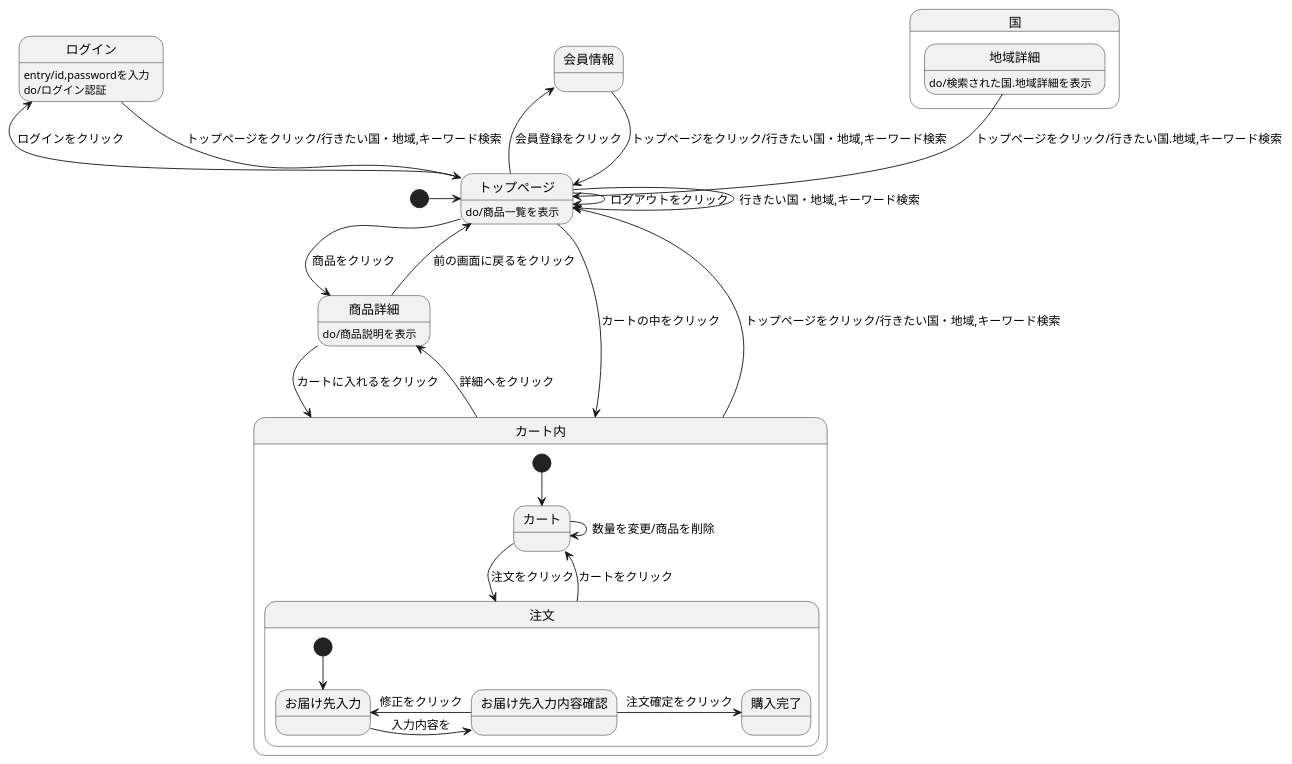
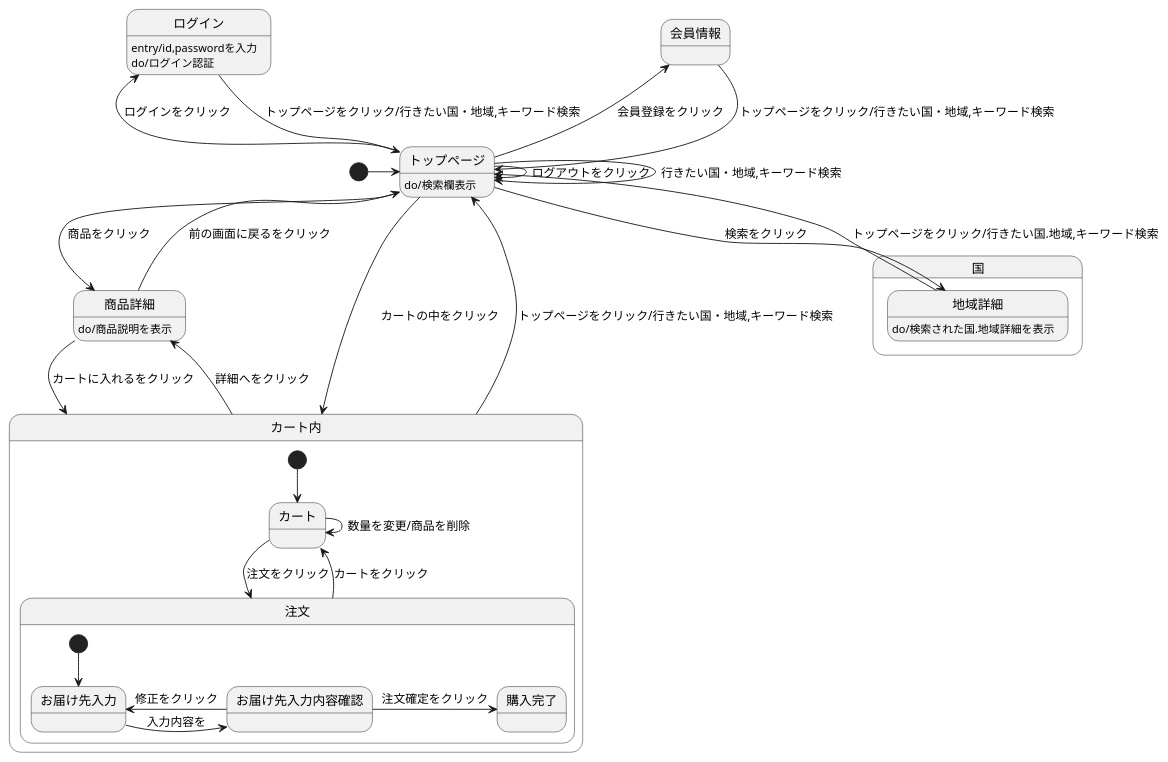
The diagram in kadai8.md (Aso2001195/2021sys-design), drawn with PlantUML before and after one commit.

````diff
--- a/kadai8.md
+++ b/kadai8.md
@@ -1,36 +1,37 @@
 ```uml
 @startuml
 [*] -> トップページ
 会員情報 --> トップページ :トップページをクリック/行きたい国・地域,キーワード検索
 ログイン --> トップページ :トップページをクリック/行きたい国・地域,キーワード検索
 ログイン :entry/id,passwordを入力
 ログイン :do/ログイン認証
 トップページ -> トップページ :ログアウトをクリック
 トップページ -> トップページ :行きたい国・地域,キーワード検索
 国.地域詳細 -->トップページ :トップページをクリック/行きたい国.地域,キーワード検索
 国.地域詳細 :do/検索された国.地域詳細を表示
+トップページ --> 国.地域詳細 :検索をクリック
 トップページ -> 商品詳細 :商品をクリック
 トップページ -left-> 会員情報 :会員登録をクリック
 トップページ -left-> ログイン :ログインをクリック
 トップページ -> カート内 :カートの中をクリック
-トップページ : do/商品一覧を表示
+トップページ : do/検索欄表示
 商品詳細 --> カート内 :カートに入れるをクリック
 商品詳細 --> トップページ :前の画面に戻るをクリック
 商品詳細 :do/商品説明を表示
 カート内 -up-> トップページ :トップページをクリック/行きたい国・地域,キーワード検索
 カート内 ->商品詳細 :詳細へをクリック
 
 state カート内{
 [*] --> カート
 カート -> 注文 :注文をクリック
 カート -> カート :数量を変更/商品を削除
 注文 --> カート :カートをクリック
 state 注文{
  [*] --> お届け先入力
  お届け先入力 -> お届け先入力内容確認 :入力内容を
  お届け先入力内容確認 -> お届け先入力 :修正をクリック
  お届け先入力内容確認 -> 購入完了 :注文確定をクリック
  }
 }
 @enduml
 ```
````
